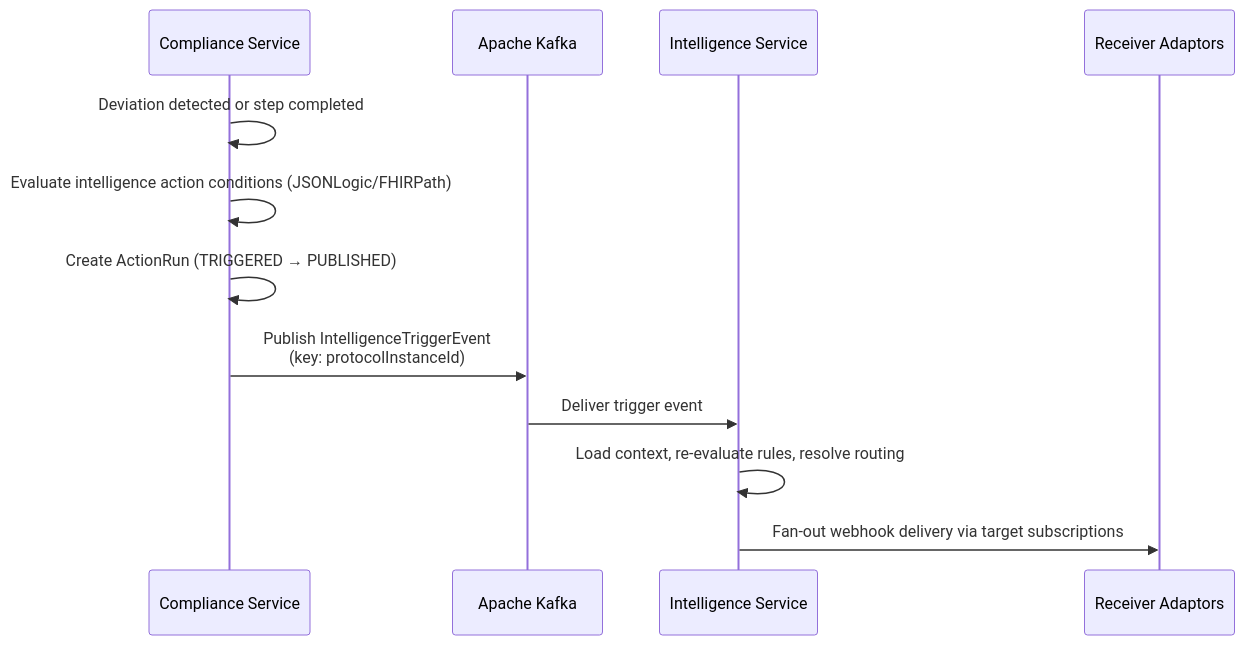
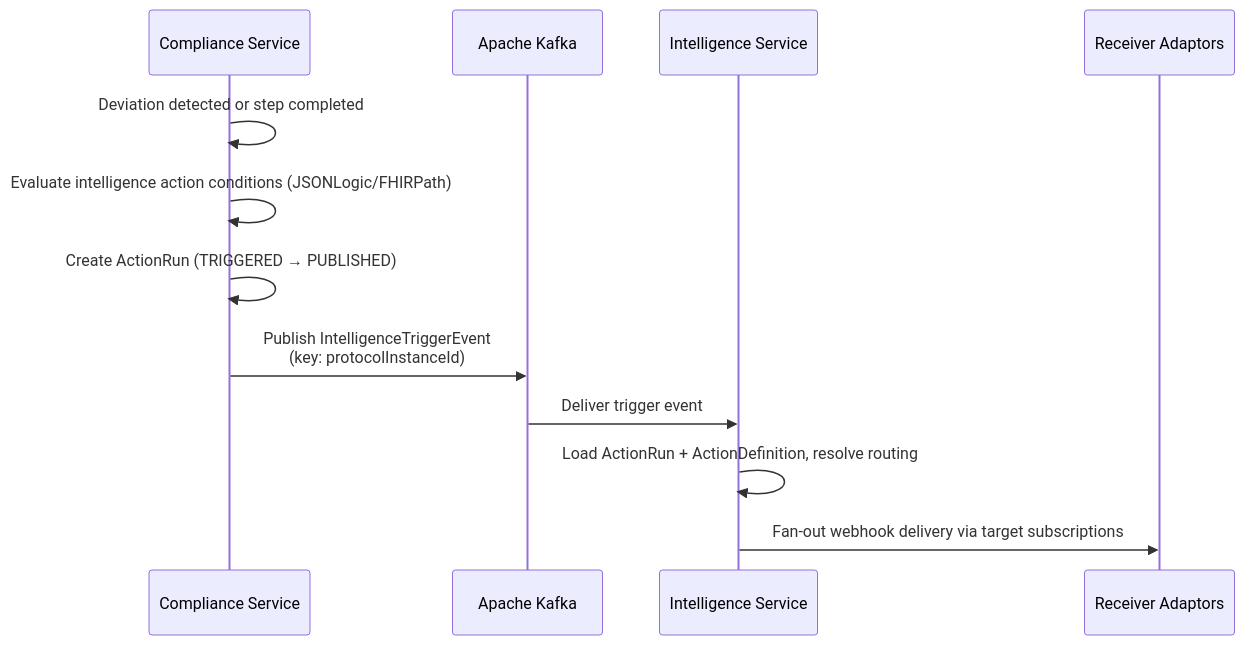
The second of 6 diagrams in docs/architecture-overview.md (Jayaprakash8887/cce-intelligence-service), drawn with Mermaid before and after one commit. The commit also changed other lines of this file and 3 other files, not shown here.

````diff
--- a/docs/architecture-overview.md
+++ b/docs/architecture-overview.md
@@ -72,15 +68,15 @@
 ```mermaid
 sequenceDiagram
     participant CS as Compliance Service
     participant Kafka as Apache Kafka
     participant IS as Intelligence Service
     participant RA as Receiver Adaptors
 
     CS->>CS: Deviation detected or step completed
     CS->>CS: Evaluate intelligence action conditions (JSONLogic/FHIRPath)
     CS->>CS: Create ActionRun (TRIGGERED → PUBLISHED)
     CS->>Kafka: Publish IntelligenceTriggerEvent<br/>(key: protocolInstanceId)
     Kafka->>IS: Deliver trigger event
-    IS->>IS: Load context, re-evaluate rules, resolve routing
+    IS->>IS: Load ActionRun + ActionDefinition, resolve routing
     IS->>RA: Fan-out webhook delivery via target subscriptions
 ```
````
